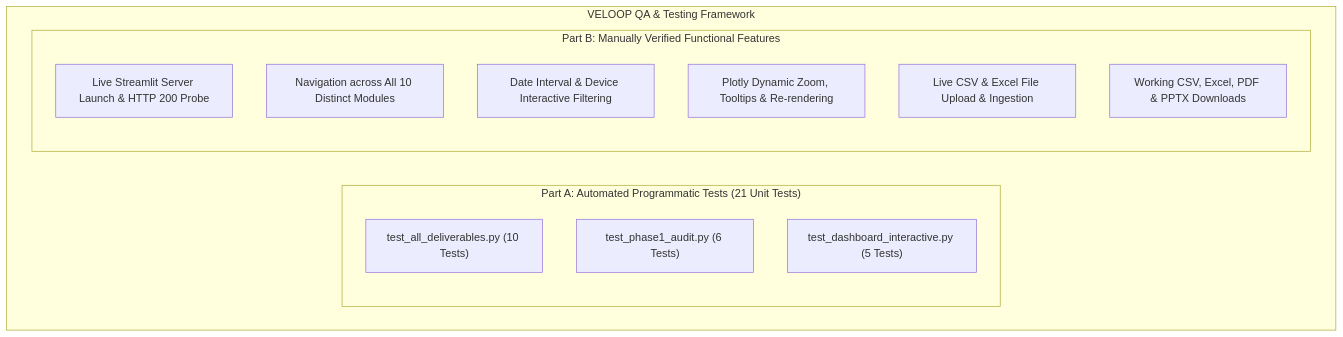
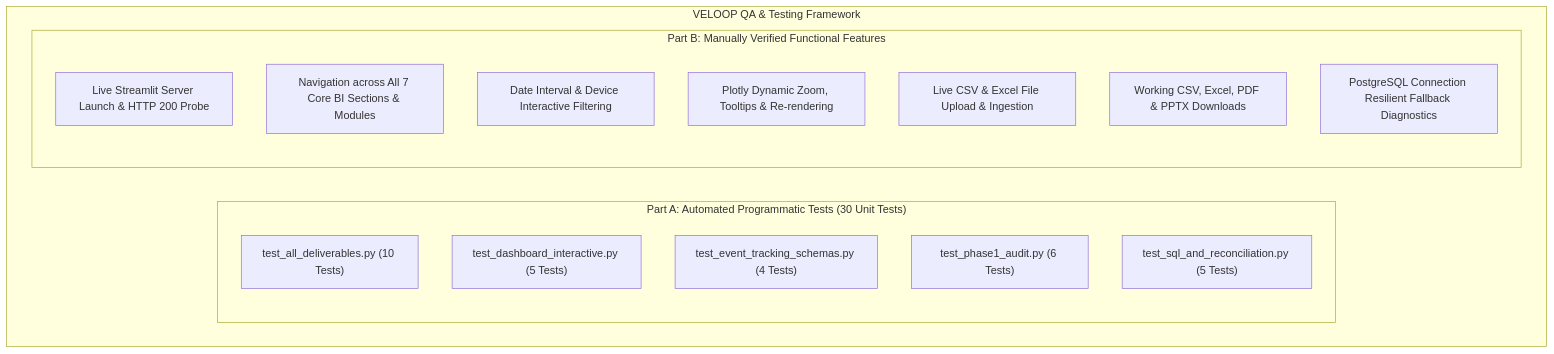
One commit to R-ABIDA/VeLoop-Rewards-Product-Analytics changed the diagram in 07_tests_and_validation/TESTING_AND_QA_DOCUMENTATION.md. Above: the diagram before and after it, drawn with Mermaid. The commit also changed other lines of this file and 21 other files, not shown here.

Commit message:
feat: complete supervisor enhancements - 7 BI dashboard sections, PostgreSQL integration, accounting triggers, 32 event schemas, forensic event audit

````diff
--- a/07_tests_and_validation/TESTING_AND_QA_DOCUMENTATION.md
+++ b/07_tests_and_validation/TESTING_AND_QA_DOCUMENTATION.md
@@ -13,18 +13,21 @@
 ```mermaid
 flowchart TD
     subgraph QA["VELOOP QA & Testing Framework"]
-        subgraph Automated["Part A: Automated Programmatic Tests (21 Unit Tests)"]
+        subgraph Automated["Part A: Automated Programmatic Tests (30 Unit Tests)"]
             A1["test_all_deliverables.py (10 Tests)"]
-            A2["test_phase1_audit.py (6 Tests)"]
-            A3["test_dashboard_interactive.py (5 Tests)"]
+            A2["test_dashboard_interactive.py (5 Tests)"]
+            A3["test_event_tracking_schemas.py (4 Tests)"]
+            A4["test_phase1_audit.py (6 Tests)"]
+            A5["test_sql_and_reconciliation.py (5 Tests)"]
         end
         subgraph Manual["Part B: Manually Verified Functional Features"]
             M1["Live Streamlit Server Launch & HTTP 200 Probe"]
-            M2["Navigation across All 10 Distinct Modules"]
+            M2["Navigation across All 7 Core BI Sections & Modules"]
             M3["Date Interval & Device Interactive Filtering"]
             M4["Plotly Dynamic Zoom, Tooltips & Re-rendering"]
             M5["Live CSV & Excel File Upload & Ingestion"]
             M6["Working CSV, Excel, PDF & PPTX Downloads"]
+            M7["PostgreSQL Connection Resilient Fallback Diagnostics"]
         end
     end
 ```
````
